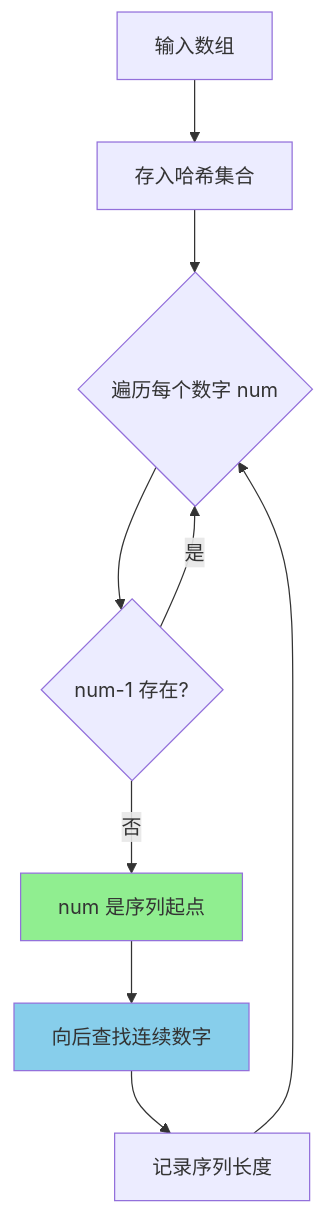
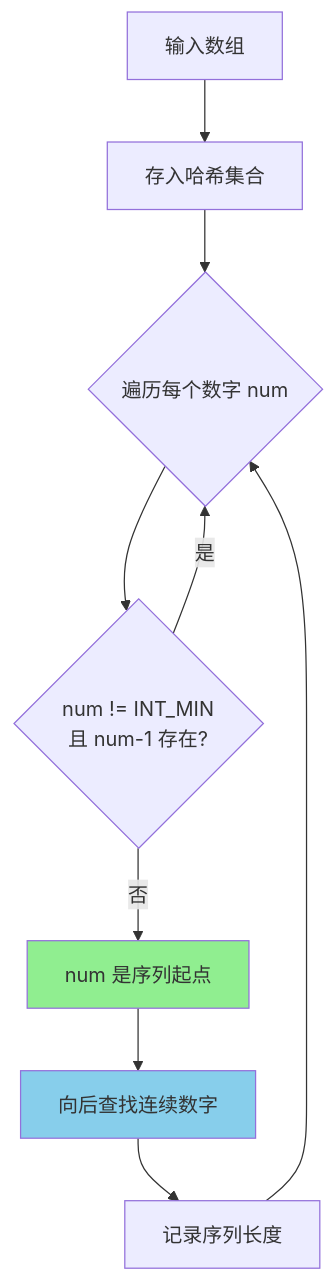
One commit to mlbo/cpp_learning changed the fifth of 5 diagrams in week_04/day_24/README.md. Above: the diagram before and after it, drawn with Mermaid. The commit also changed other lines of this file and 675 other files, not shown here.

````diff
--- a/week_04/day_24/README.md
+++ b/week_04/day_24/README.md
@@ -634,14 +666,14 @@
 ```mermaid
 flowchart TD
     A["输入数组"] --> B["存入哈希集合"]
     B --> C{"遍历每个数字 num"}
-    C --> D{"num-1 存在?"}
+    C --> D{"num != INT_MIN<br/>且 num-1 存在?"}
     D -->|是| C
     D -->|否| E["num 是序列起点"]
     E --> F["向后查找连续数字"]
     F --> G["记录序列长度"]
     G --> C
     
     style E fill:#90EE90
     style F fill:#87CEEB
 ```
````
